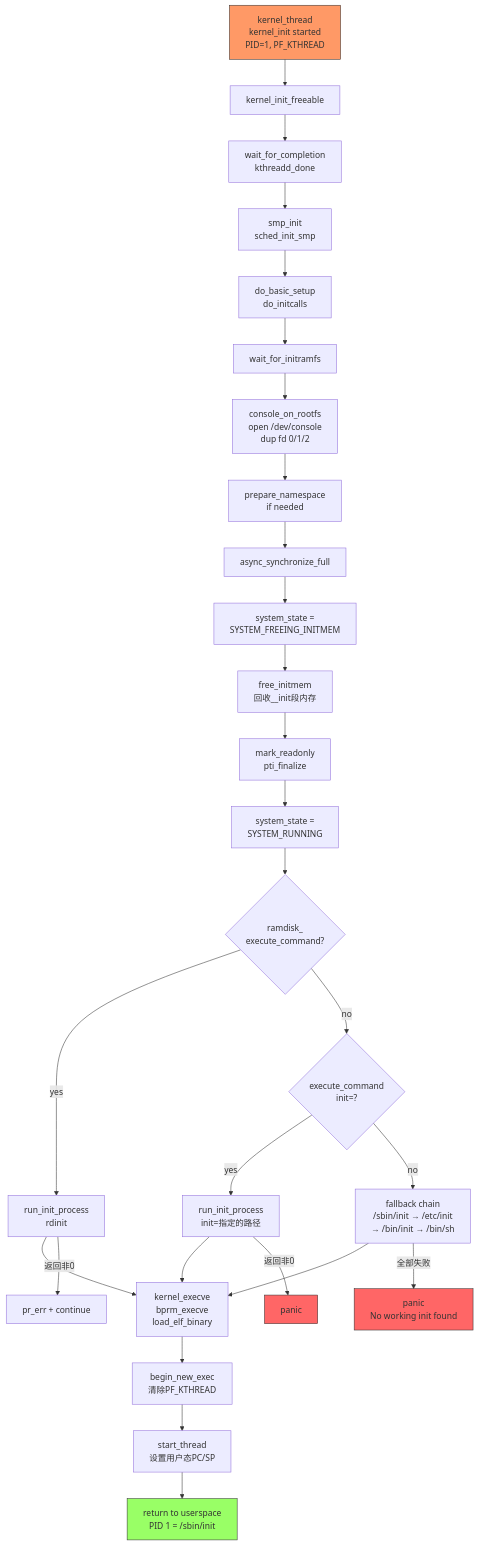
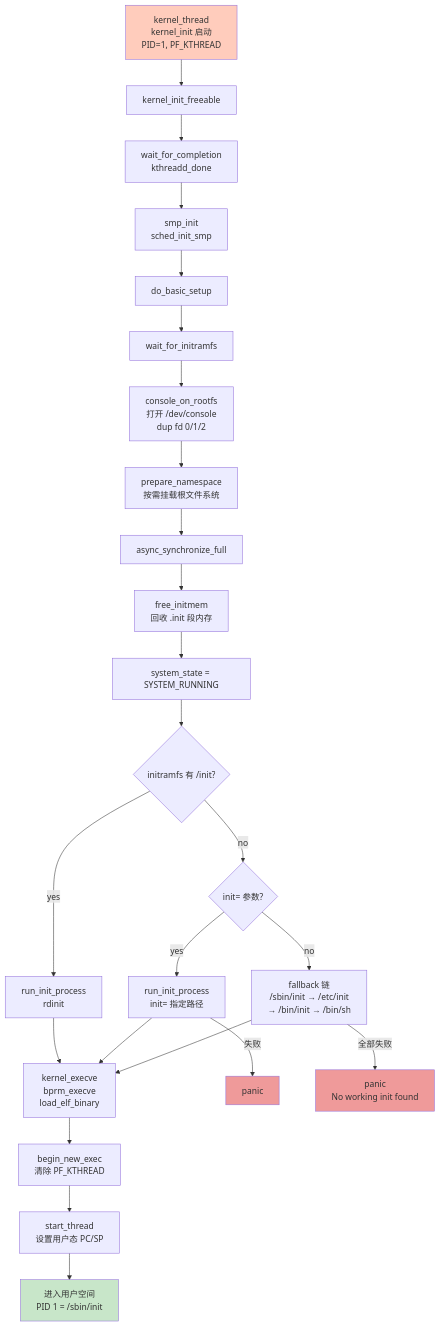
Before and after one commit to xiaohong0925/Embedded_Knowledge_System_V2026: the diagram in docs/02-核心机制深度解析/第7章 启动链深度解析/7.6.1_kernel_init线程的执行路径.md, drawn with Mermaid. The commit also changed other lines of this file and 20 other files, not shown here.

````diff
--- a/docs/02-核心机制深度解析/第7章 启动链深度解析/7.6.1_kernel_init线程的执行路径.md
+++ b/docs/02-核心机制深度解析/第7章 启动链深度解析/7.6.1_kernel_init线程的执行路径.md
@@ -398,39 +234,36 @@
 ```mermaid
 flowchart TD
-    A[kernel_thread<br/>kernel_init started<br/>PID=1, PF_KTHREAD] --> B[kernel_init_freeable]
-    B --> B1[wait_for_completion<br/>kthreadd_done]
-    B1 --> B2[smp_init<br/>sched_init_smp]
-    B2 --> B3[do_basic_setup<br/>do_initcalls]
+    A[kernel_thread<br>kernel_init 启动<br>PID=1, PF_KTHREAD] --> B[kernel_init_freeable]
+    B --> B1[wait_for_completion<br>kthreadd_done]
+    B1 --> B2[smp_init<br>sched_init_smp]
+    B2 --> B3[do_basic_setup]
     B3 --> B4[wait_for_initramfs]
-    B4 --> B5[console_on_rootfs<br/>open /dev/console<br/>dup fd 0/1/2]
-    B5 --> B6[prepare_namespace<br/>if needed]
+    B4 --> B5[console_on_rootfs<br>打开 /dev/console<br>dup fd 0/1/2]
+    B5 --> B6[prepare_namespace<br>按需挂载根文件系统]
 
     B6 --> C[async_synchronize_full]
-    C --> D[system_state =<br/>SYSTEM_FREEING_INITMEM]
-    D --> E[free_initmem<br/>回收__init段内存]
-    E --> F[mark_readonly<br/>pti_finalize]
-    F --> G[system_state =<br/>SYSTEM_RUNNING]
+    C --> D[free_initmem<br>回收 .init 段内存]
+    D --> E[system_state = SYSTEM_RUNNING]
 
-    G --> H{ramdisk_<br/>execute_command?}
-    H -->|yes| I[run_init_process<br/>rdinit]
-    H -->|no| J{execute_command<br/>init=?}
-    J -->|yes| K[run_init_process<br/>init=指定的路径]
-    J -->|no| L[fallback chain<br/>/sbin/init → /etc/init<br/>→ /bin/init → /bin/sh]
+    E --> H{initramfs 有 /init?}
+    H -->|yes| I[run_init_process<br>rdinit]
+    H -->|no| J{init= 参数?}
+    J -->|yes| K[run_init_process<br>init= 指定路径]
+    J -->|no| L[fallback 链<br>/sbin/init → /etc/init<br>→ /bin/init → /bin/sh]
 
-    I --> M[kernel_execve<br/>bprm_execve<br/>load_elf_binary]
+    I --> M[kernel_execve<br>bprm_execve<br>load_elf_binary]
     K --> M
     L --> M
 
-    M --> N[begin_new_exec<br/>清除PF_KTHREAD]
-    N --> O[start_thread<br/>设置用户态PC/SP]
-    O --> P[return to userspace<br/>PID 1 = /sbin/init]
+    M --> N[begin_new_exec<br>清除 PF_KTHREAD]
+    N --> O[start_thread<br>设置用户态 PC/SP]
+    O --> P[进入用户空间<br>PID 1 = /sbin/init]
 
-    I -->|返回非0| Q[pr_err + continue]
-    K -->|返回非0| R[panic]
-    L -->|全部失败| S[panic<br/>No working init found]
+    K -->|失败| R[panic]
+    L -->|全部失败| S[panic<br>No working init found]
 
-    style A fill:#f96,stroke:#333
-    style P fill:#9f6,stroke:#333
-    style R fill:#f66,stroke:#333
-    style S fill:#f66,stroke:#333
+    style A fill:#ffccbc
+    style P fill:#c8e6c9
+    style R fill:#ef9a9a
+    style S fill:#ef9a9a
 ```
````
